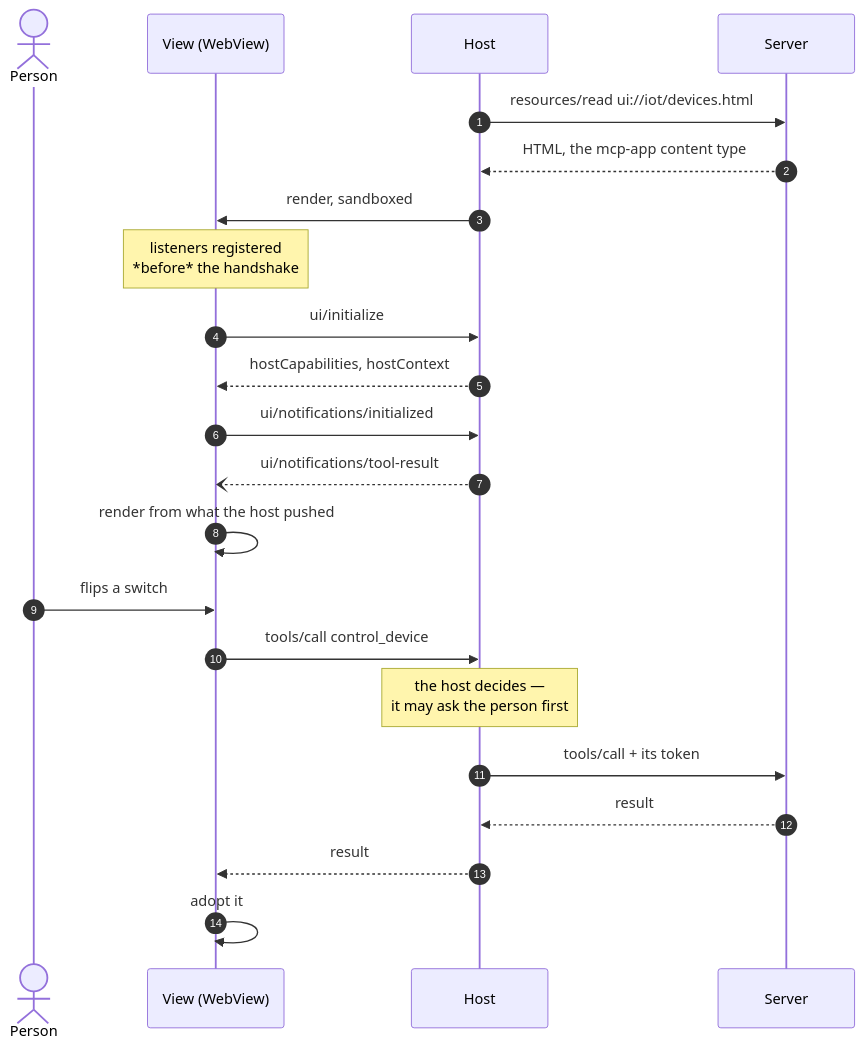
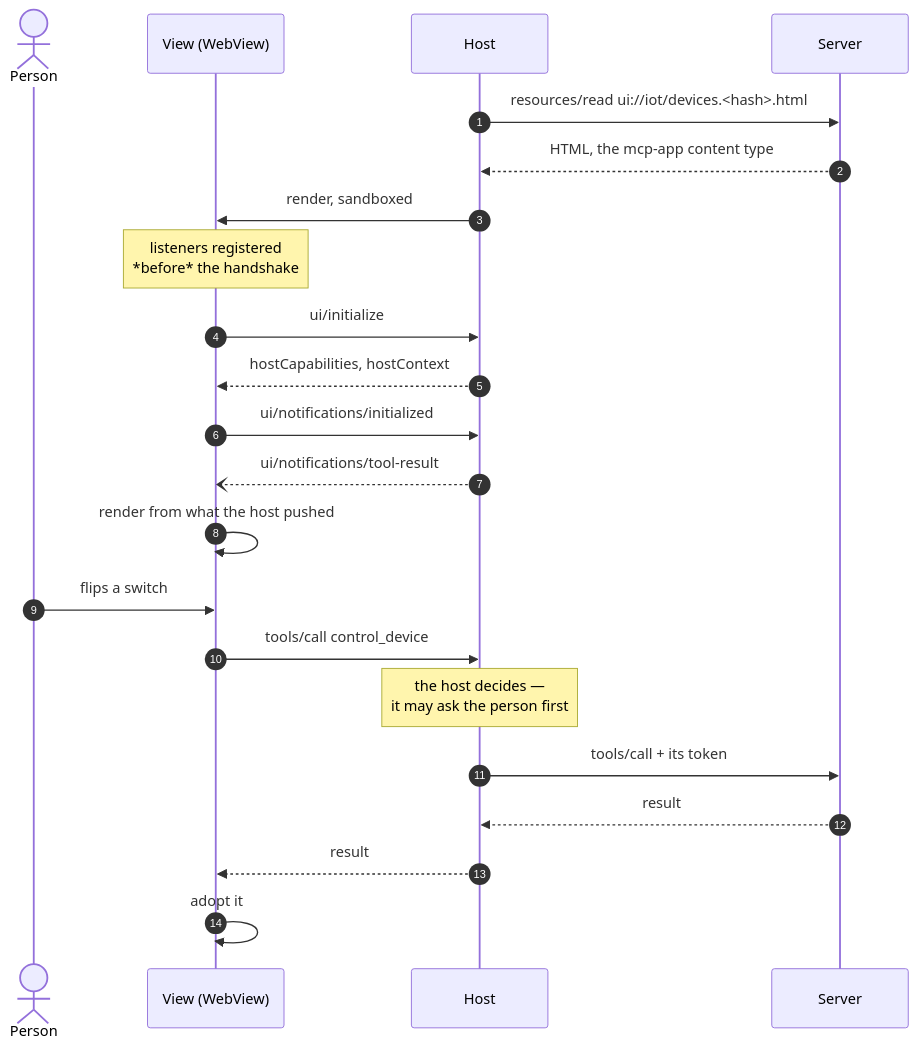
One commit to ksypinro/MCP-UI changed the fifth of 8 diagrams in docs/sequence-diagrams.md. Above: the diagram before and after it, drawn with Mermaid. The commit also changed other lines of this file and 182 other files, not shown here.

````diff
--- a/docs/sequence-diagrams.md
+++ b/docs/sequence-diagrams.md
@@ -173,27 +176,27 @@
 ```mermaid
 sequenceDiagram
     autonumber
     actor U as Person
     participant V as View (WebView)
     participant H as Host
     participant S as Server
 
-    H->>S: resources/read ui://iot/devices.html
+    H->>S: resources/read ui://iot/devices.<hash>.html
     S-->>H: HTML, the mcp-app content type
     H->>V: render, sandboxed
 
     Note over V: listeners registered<br/>*before* the handshake
     V->>H: ui/initialize
     H-->>V: hostCapabilities, hostContext
     V->>H: ui/notifications/initialized
     H--)V: ui/notifications/tool-result
     V->>V: render from what the host pushed
 
     U->>V: flips a switch
     V->>H: tools/call control_device
     Note over H: the host decides —<br/>it may ask the person first
     H->>S: tools/call + its token
     S-->>H: result
     H-->>V: result
     V->>V: adopt it
 ```
````
